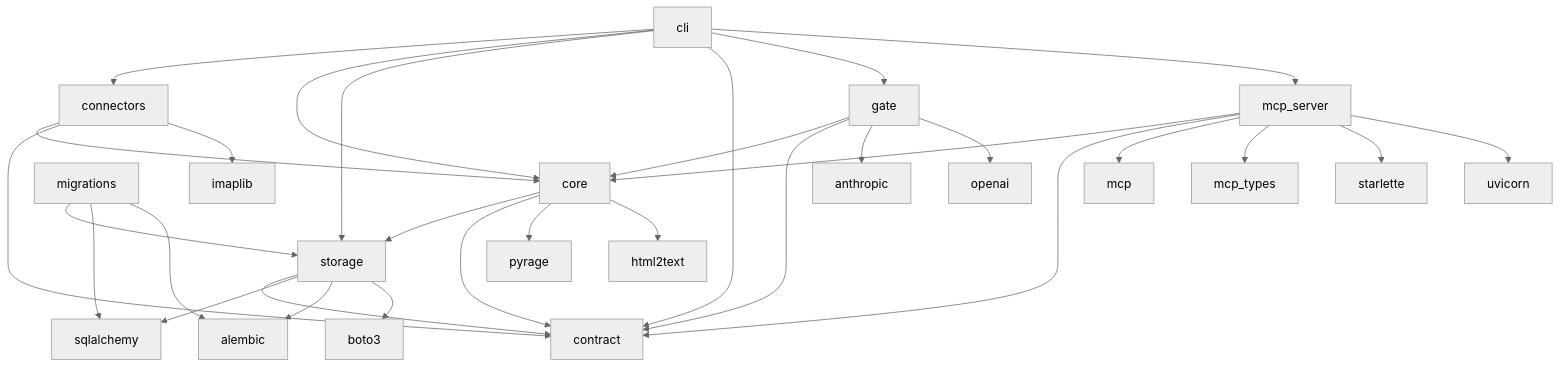
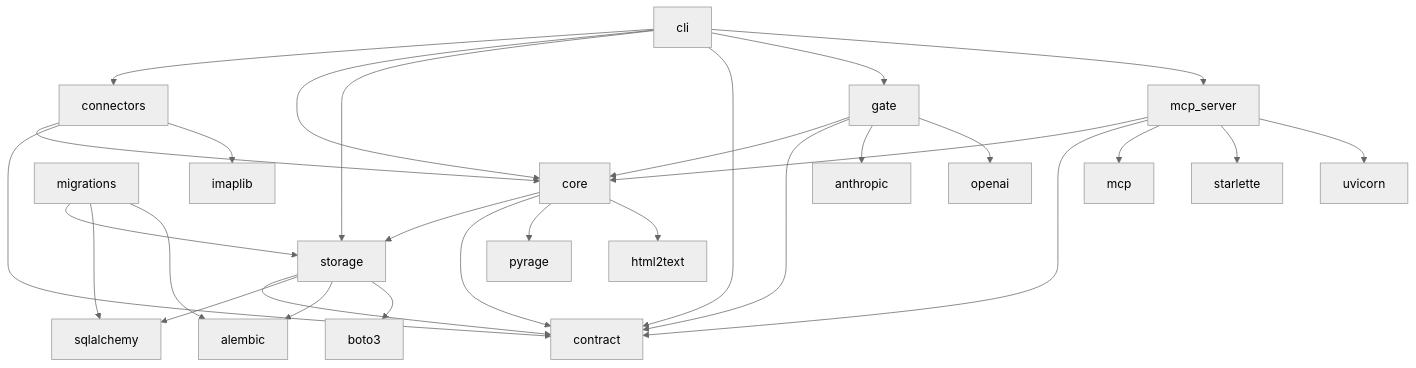
The diagram in docs/explanation/module-boundaries.md (jensens/previously), drawn with Mermaid (neutral theme) before and after one commit. The commit also changed other lines of this file and 13 other files, not shown here.

````diff
--- a/docs/explanation/module-boundaries.md
+++ b/docs/explanation/module-boundaries.md
@@ -33,35 +33,34 @@
 ```{mermaid}
-:caption: The import edges on 2026-10-11: sixteen between its own modules, and not one of them exempted. Fourteen arrows leave the package.
+:caption: The import edges on 2026-10-11: sixteen between its own modules, and not one of them exempted. Thirteen arrows leave the package.
 
 graph TD
     cli[cli] --> connectors[connectors]
     cli --> core[core]
     cli --> storage[storage]
     cli --> contract[contract]
     cli --> gate[gate]
     connectors --> core
     connectors --> contract
     core --> storage
     core --> contract
     migrations[migrations] --> storage
     storage --> contract
     storage --> sqlalchemy[sqlalchemy]
     storage --> alembic[alembic]
     migrations --> sqlalchemy
     migrations --> alembic
     core --> pyrage[pyrage]
     storage --> boto3[boto3]
     core --> html2text[html2text]
     connectors --> imaplib[imaplib]
     gate --> core
     gate --> contract
     gate --> anthropic[anthropic]
     gate --> openai[openai]
     cli --> mcp_server[mcp_server]
     mcp_server --> core
     mcp_server --> contract
     mcp_server --> mcp[mcp]
-    mcp_server --> mcp_types[mcp_types]
     mcp_server --> starlette[starlette]
     mcp_server --> uvicorn[uvicorn]
 ```
````
